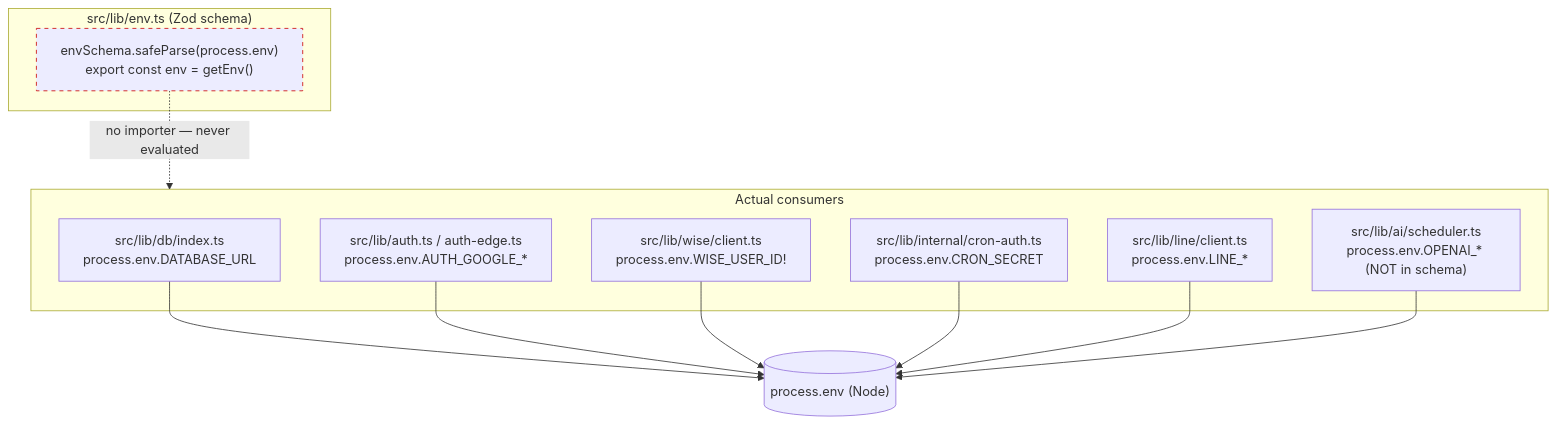
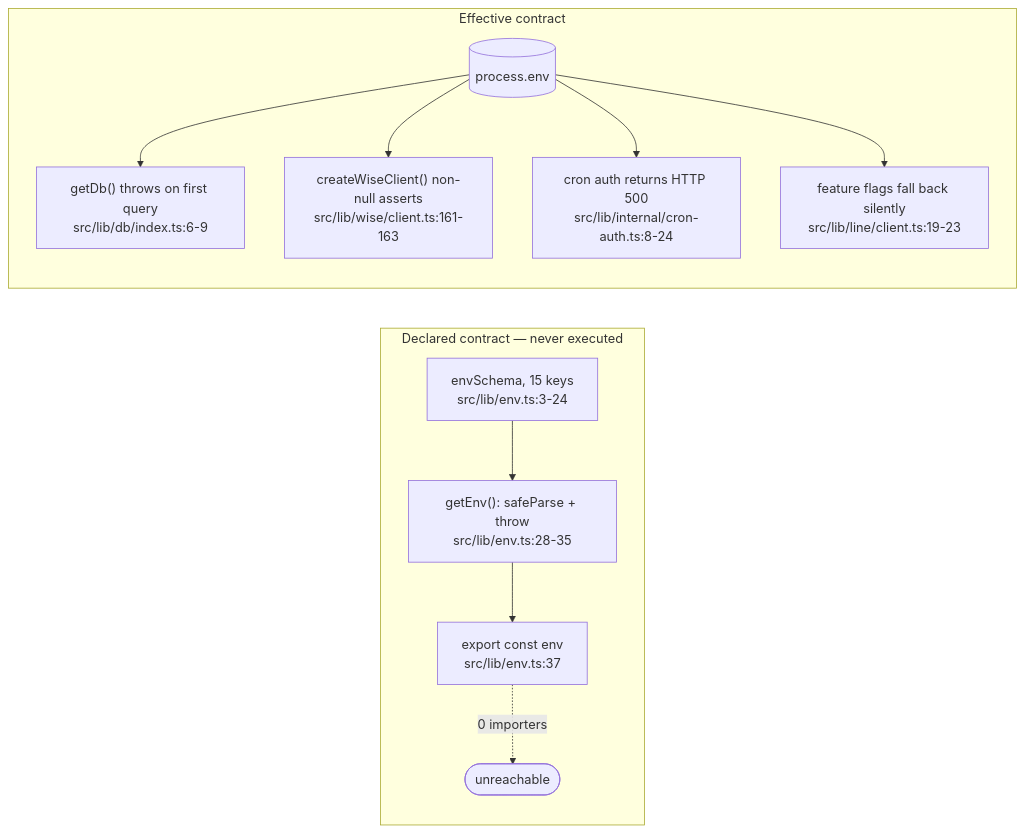
The first of 2 diagrams in docs/reference/env.md (kasheesh711/bgscheduler), drawn with Mermaid before and after one commit. The commit also changed other lines of this file and 71 other files, not shown here.

````diff
--- a/docs/reference/env.md
+++ b/docs/reference/env.md
@@ -66,18 +60,17 @@
 ```mermaid
-flowchart TD
-  subgraph declared["src/lib/env.ts (Zod schema)"]
-    Z["envSchema.safeParse(process.env)\nexport const env = getEnv()"]
+flowchart LR
+  subgraph Declared["Declared contract — never executed"]
+    ENV["envSchema, 15 keys<br/>src/lib/env.ts:3-24"]
+    GET["getEnv(): safeParse + throw<br/>src/lib/env.ts:28-35"]
+    EXP["export const env<br/>src/lib/env.ts:37"]
+    ENV --> GET --> EXP
+    EXP -. "0 importers" .-> DEAD(["unreachable"])
   end
-  subgraph consumers["Actual consumers"]
-    A["src/lib/db/index.ts\nprocess.env.DATABASE_URL"]
-    B["src/lib/auth.ts / auth-edge.ts\nprocess.env.AUTH_GOOGLE_*"]
-    C["src/lib/wise/client.ts\nprocess.env.WISE_USER_ID!"]
-    D["src/lib/internal/cron-auth.ts\nprocess.env.CRON_SECRET"]
-    E["src/lib/line/client.ts\nprocess.env.LINE_*"]
-    F["src/lib/ai/scheduler.ts\nprocess.env.OPENAI_* (NOT in schema)"]
+  subgraph Actual["Effective contract"]
+    PE[("process.env")]
+    PE --> DB["getDb() throws on first query<br/>src/lib/db/index.ts:6-9"]
+    PE --> WISE["createWiseClient() non-null asserts<br/>src/lib/wise/client.ts:161-163"]
+    PE --> CRON["cron auth returns HTTP 500<br/>src/lib/internal/cron-auth.ts:8-24"]
+    PE --> FLAG["feature flags fall back silently<br/>src/lib/line/client.ts:19-23"]
   end
-  Z -. "no importer — never evaluated" .-> consumers
-  A & B & C & D & E & F --> PE[("process.env (Node)")]
-  classDef dead stroke-dasharray: 5 5,stroke:#c00;
-  class Z dead;
 ```
````
